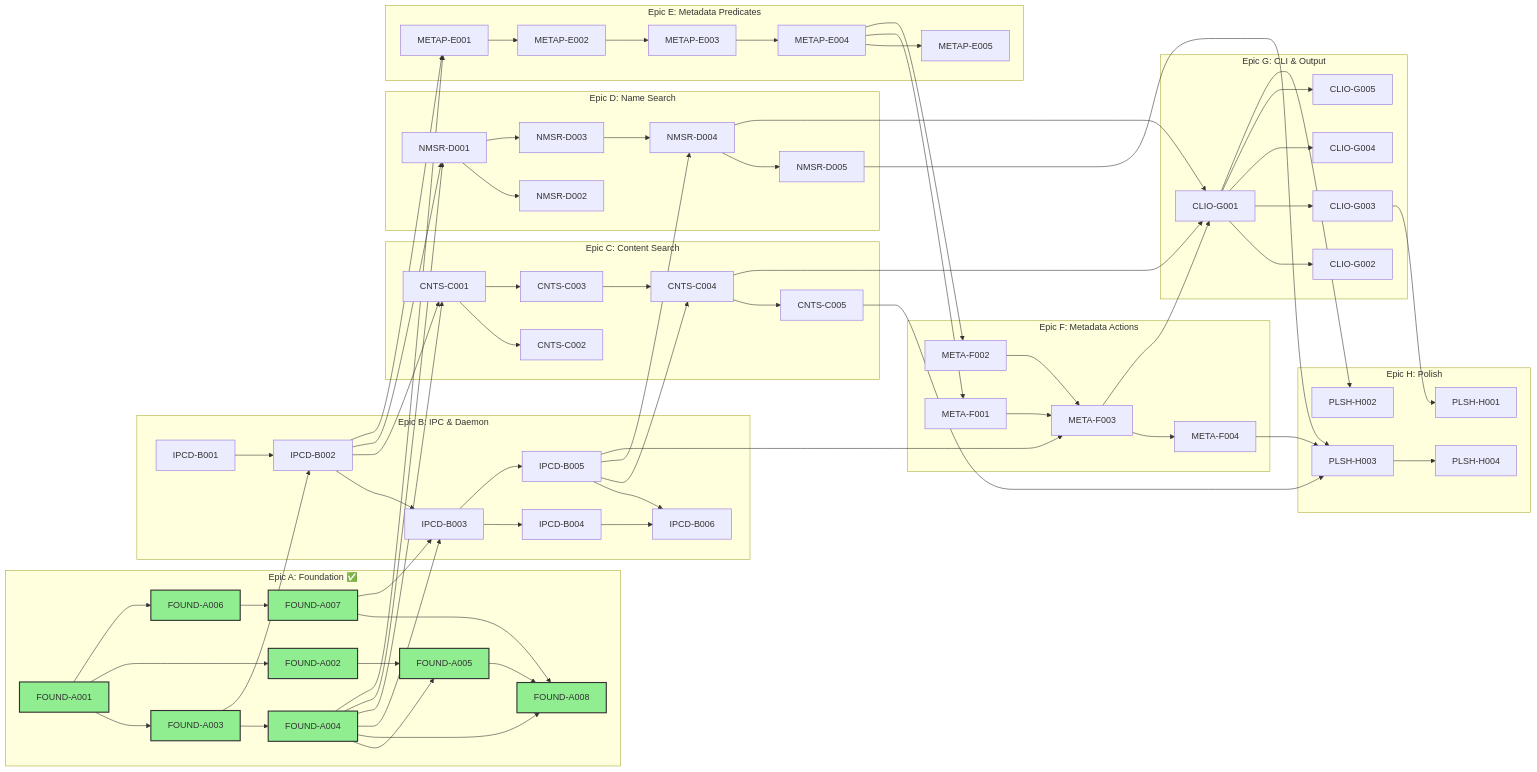
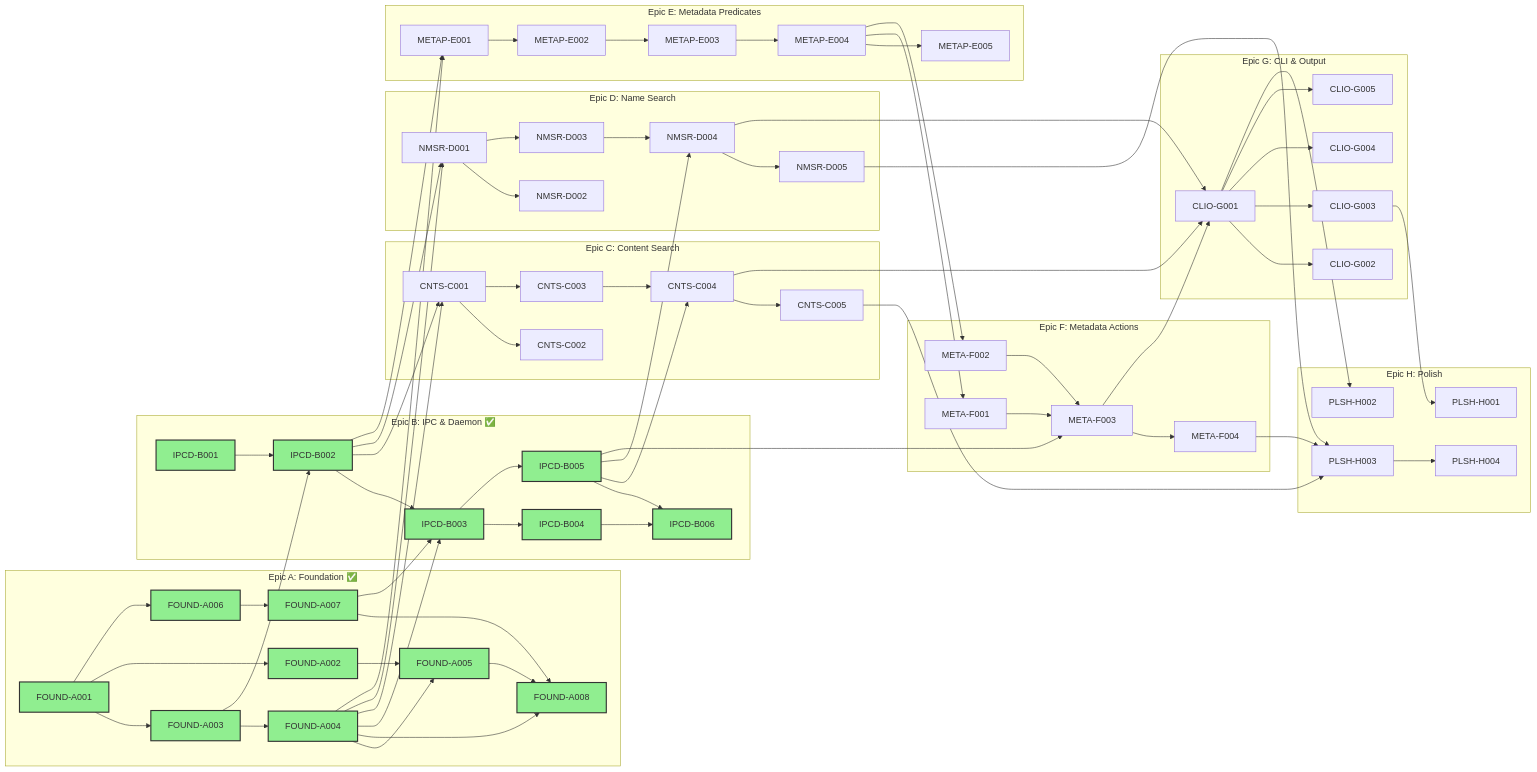
Before and after one commit to SkrOYC/fff-cli: the diagram in .constitution/tasks/critical-path.md, drawn with Mermaid. The commit also changed other lines of this file and 3 other files, not shown here.

First line of the commit message:
docs: close Epic B — IPC & Daemon (constitution freshness pass)

```diff
--- a/.constitution/tasks/critical-path.md
+++ b/.constitution/tasks/critical-path.md
@@ -45,13 +44,13 @@
         A008[FOUND-A008]:::done
     end
 
-    subgraph "Epic B: IPC & Daemon"
-        B001[IPCD-B001]
-        B002[IPCD-B002]
-        B003[IPCD-B003]
-        B004[IPCD-B004]
-        B005[IPCD-B005]
-        B006[IPCD-B006]
+    subgraph "Epic B: IPC & Daemon ✅"
+        B001[IPCD-B001]:::done
+        B002[IPCD-B002]:::done
+        B003[IPCD-B003]:::done
+        B004[IPCD-B004]:::done
+        B005[IPCD-B005]:::done
+        B006[IPCD-B006]:::done
     end
 
     subgraph "Epic C: Content Search"
```
